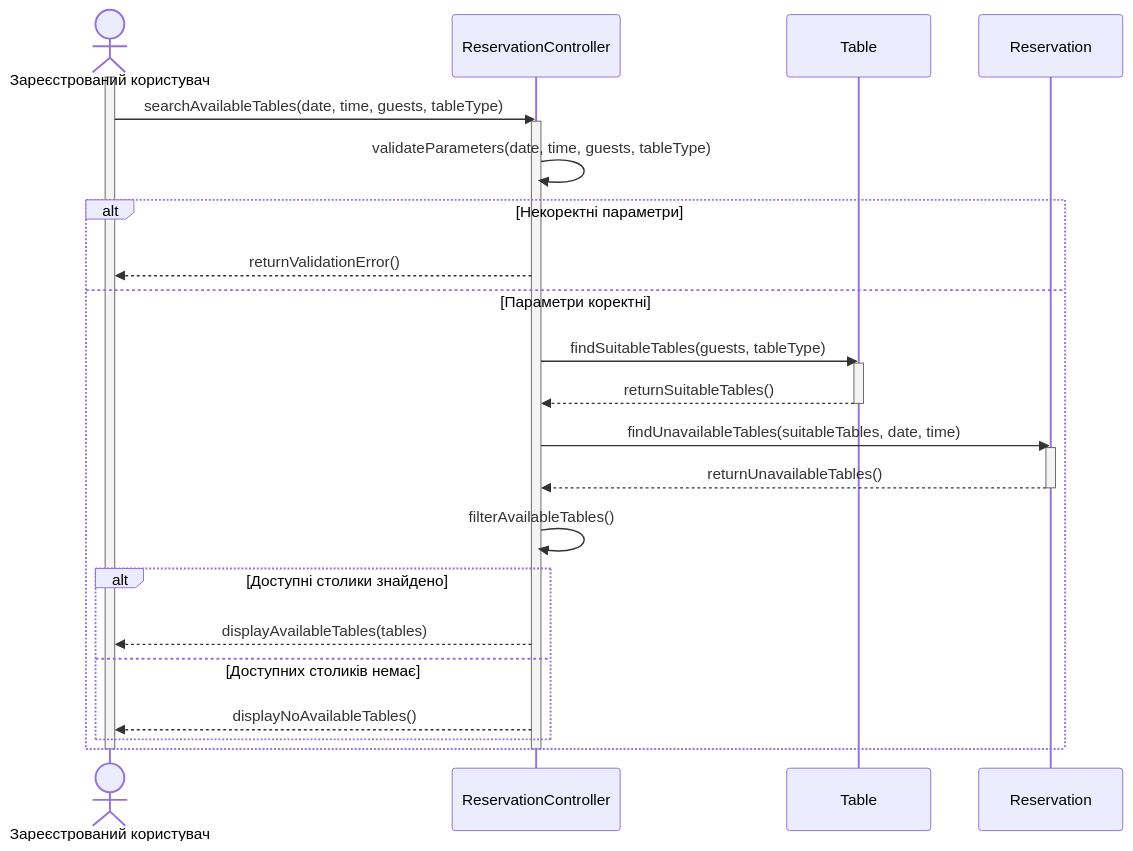
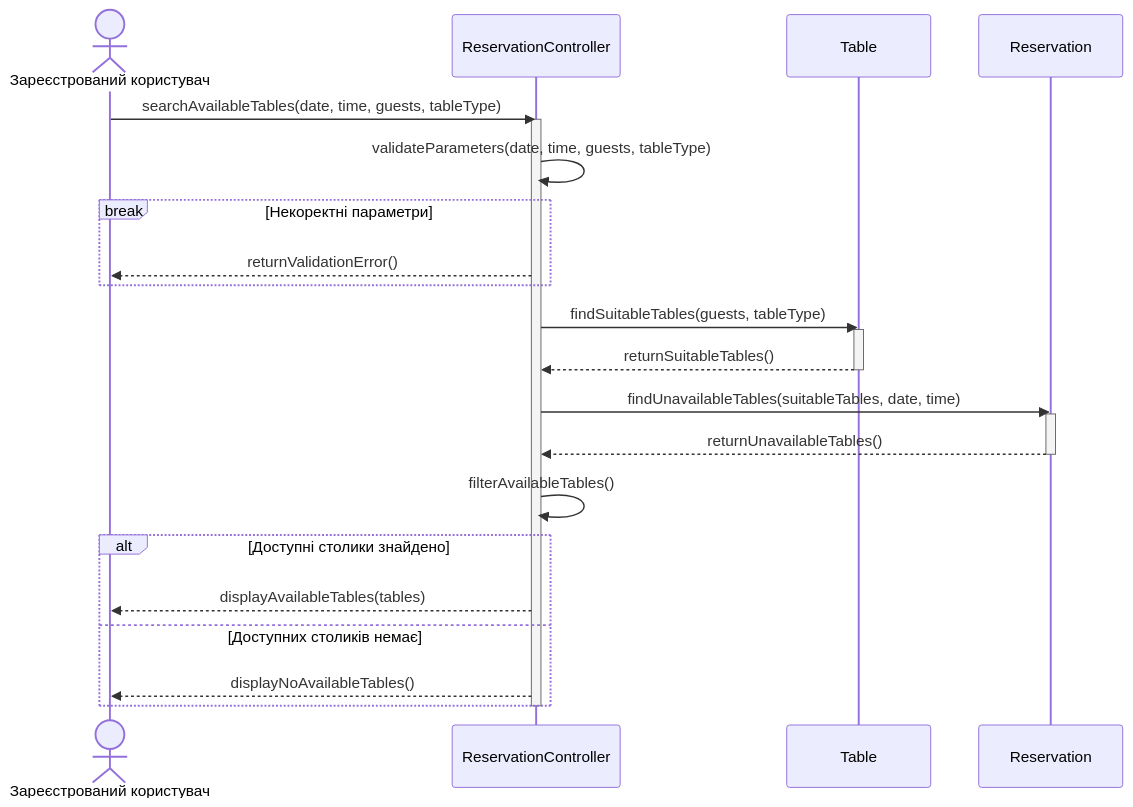
One commit to Vvvvvaleriia/Labs-KPI changed the diagram in lab3/scenario-1.md. Above: the diagram before and after it, drawn with Mermaid. The commit also changed other lines of this file and 2 other files, not shown here.

Commit message:
refine first scenario

````diff
--- a/lab3/scenario-1.md
+++ b/lab3/scenario-1.md
@@ -26,38 +26,36 @@
 ```mermaid
 sequenceDiagram
     actor User as Зареєстрований користувач
     participant RC as ReservationController
     participant T as Table
     participant R as Reservation
 
-    activate User
     User->>RC: searchAvailableTables(date, time, guests, tableType)
     activate RC
 
     RC->>RC: validateParameters(date, time, guests, tableType)
 
-    alt Некоректні параметри
+    break Некоректні параметри
         RC-->>User: returnValidationError()
-    else Параметри коректні
-        RC->>T: findSuitableTables(guests, tableType)
-        activate T
-        T-->>RC: returnSuitableTables()
-        deactivate T
+    end
 
-        RC->>R: findUnavailableTables(suitableTables, date, time)
-        activate R
-        R-->>RC: returnUnavailableTables()
-        deactivate R
+    RC->>T: findSuitableTables(guests, tableType)
+    activate T
+    T-->>RC: returnSuitableTables()
+    deactivate T
 
-        RC->>RC: filterAvailableTables()
+    RC->>R: findUnavailableTables(suitableTables, date, time)
+    activate R
+    R-->>RC: returnUnavailableTables()
+    deactivate R
 
-        alt Доступні столики знайдено
-            RC-->>User: displayAvailableTables(tables)
-        else Доступних столиків немає
-            RC-->>User: displayNoAvailableTables()
-        end
+    RC->>RC: filterAvailableTables()
+
+    alt Доступні столики знайдено
+        RC-->>User: displayAvailableTables(tables)
+    else Доступних столиків немає
+        RC-->>User: displayNoAvailableTables()
     end
 
     deactivate RC
-    deactivate User
 ```
````
